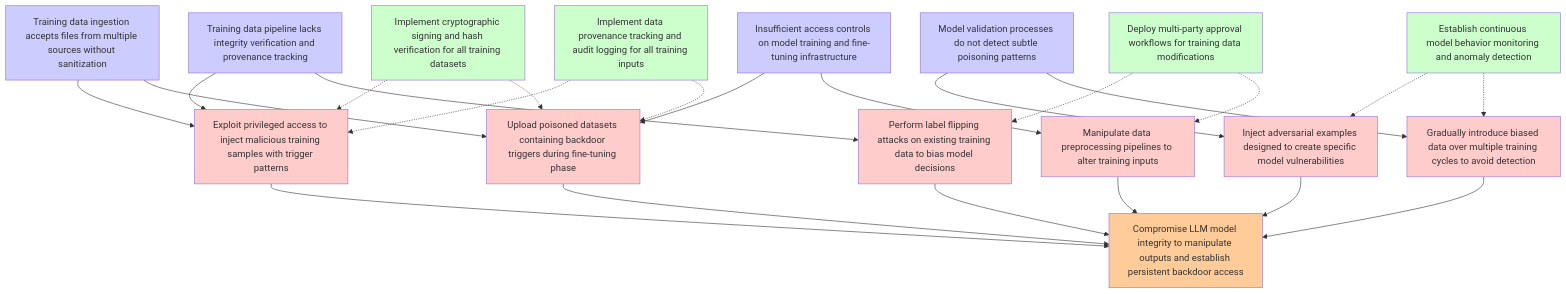
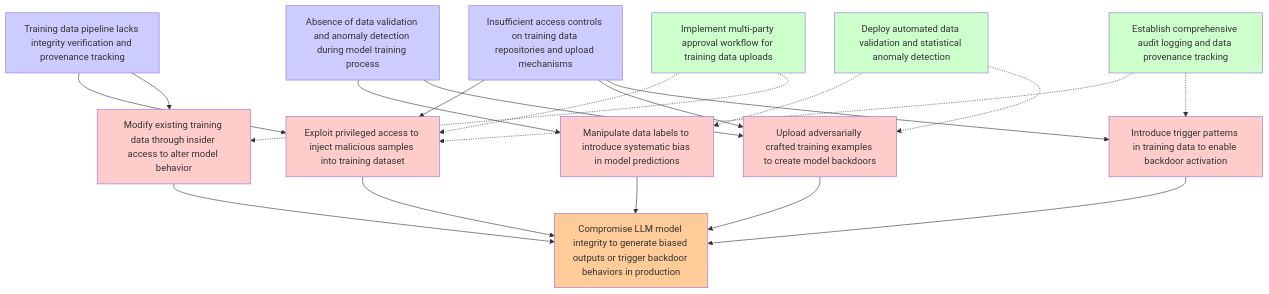
Before and after one commit to aws-samples/sample-agentic-attack-tree-generator: the diagram in kiro-threatforest-agentic/threatforest-strands/outputs/complete_workflow_test/attack_tree_T7.md, drawn with Mermaid. The commit also changed other lines of this file and 7 other files, not shown here.

````diff
--- a/kiro-threatforest-agentic/threatforest-strands/outputs/complete_workflow_test/attack_tree_T7.md
+++ b/kiro-threatforest-agentic/threatforest-strands/outputs/complete_workflow_test/attack_tree_T7.md
@@ -8,56 +8,49 @@
 ```mermaid
 graph TD
-    goal["Compromise LLM model integrity to manipulate outputs and establish persistent backdoor access"]
+    goal["Compromise LLM model integrity to generate biased outputs or trigger backdoor behaviors in production"]
     
     fact1["Training data pipeline lacks integrity verification and provenance tracking"]
-    fact2["Insufficient access controls on model training and fine-tuning infrastructure"]
-    fact3["Model validation processes do not detect subtle poisoning patterns"]
-    fact4["Training data ingestion accepts files from multiple sources without sanitization"]
+    fact2["Insufficient access controls on training data repositories and upload mechanisms"]
+    fact3["Absence of data validation and anomaly detection during model training process"]
     
-    attack1["Exploit privileged access to inject malicious training samples with trigger patterns"]
-    attack2["Upload poisoned datasets containing backdoor triggers during fine-tuning phase"]
-    attack3["Perform label flipping attacks on existing training data to bias model decisions"]
-    attack4["Inject adversarial examples designed to create specific model vulnerabilities"]
-    attack5["Gradually introduce biased data over multiple training cycles to avoid detection"]
-    attack6["Manipulate data preprocessing pipelines to alter training inputs"]
+    attack1["Exploit privileged access to inject malicious samples into training dataset"]
+    attack2["Manipulate data labels to introduce systematic bias in model predictions"]
+    attack3["Upload adversarially crafted training examples to create model backdoors"]
+    attack4["Modify existing training data through insider access to alter model behavior"]
+    attack5["Introduce trigger patterns in training data to enable backdoor activation"]
     
-    mitigation1["Implement cryptographic signing and hash verification for all training datasets"]
-    mitigation2["Deploy multi-party approval workflows for training data modifications"]
-    mitigation3["Establish continuous model behavior monitoring and anomaly detection"]
-    mitigation4["Implement data provenance tracking and audit logging for all training inputs"]
+    mitigation1["Implement multi-party approval workflow for training data uploads"]
+    mitigation2["Deploy automated data validation and statistical anomaly detection"]
+    mitigation3["Establish comprehensive audit logging and data provenance tracking"]
     
     fact1 --> attack1
-    fact1 --> attack3
-    fact2 --> attack2
-    fact2 --> attack6
-    fact3 --> attack4
-    fact3 --> attack5
-    fact4 --> attack1
-    fact4 --> attack2
+    fact1 --> attack4
+    fact2 --> attack1
+    fact2 --> attack3
+    fact2 --> attack5
+    fact3 --> attack2
+    fact3 --> attack3
     
     attack1 --> goal
     attack2 --> goal
     attack3 --> goal
     attack4 --> goal
     attack5 --> goal
-    attack6 --> goal
     
     mitigation1 -.-> attack1
-    mitigation1 -.-> attack2
+    mitigation1 -.-> attack4
+    mitigation2 -.-> attack2
     mitigation2 -.-> attack3
-    mitigation2 -.-> attack6
-    mitigation3 -.-> attack4
+    mitigation3 -.-> attack1
     mitigation3 -.-> attack5
-    mitigation4 -.-> attack1
-    mitigation4 -.-> attack2
     
     classDef attack fill:#ffcccc
     classDef mitigation fill:#ccffcc
     classDef goal fill:#ffcc99
     classDef fact fill:#ccccff
     
-    class attack1,attack2,attack3,attack4,attack5,attack6 attack
-    class mitigation1,mitigation2,mitigation3,mitigation4 mitigation
+    class attack1,attack2,attack3,attack4,attack5 attack
+    class mitigation1,mitigation2,mitigation3 mitigation
     class goal goal
-    class fact1,fact2,fact3,fact4 fact
+    class fact1,fact2,fact3 fact
 ```
````
